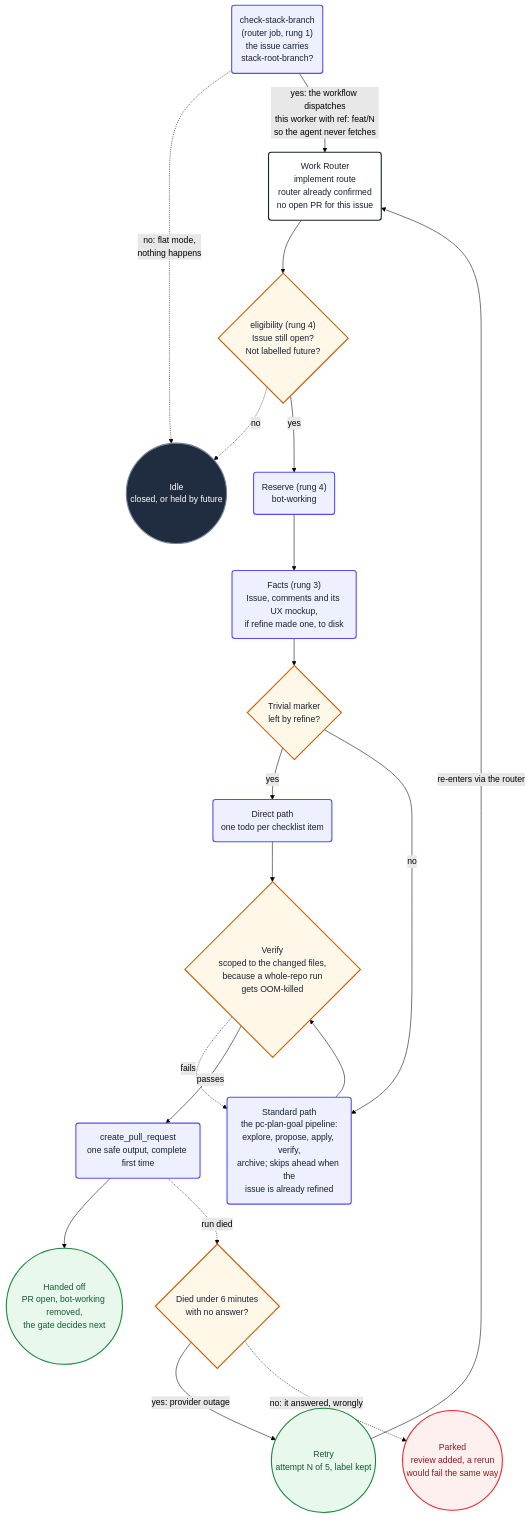
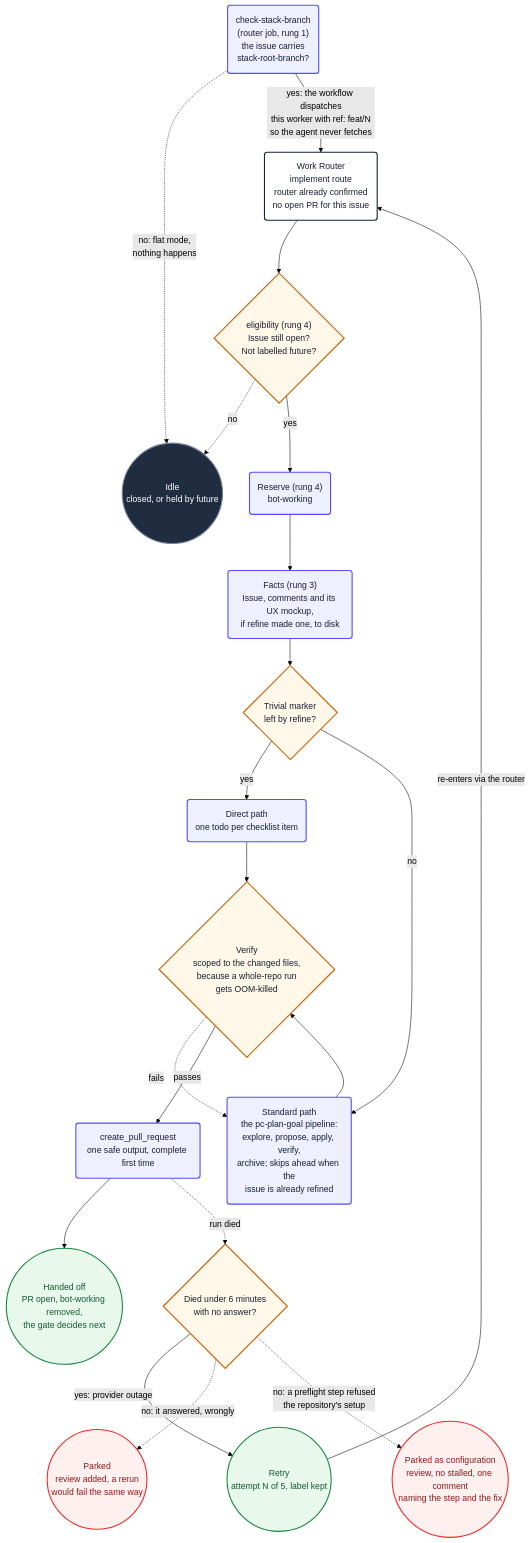
One commit to PlainConceptsPlatform/agentic-workflows changed the seventh of 16 diagrams in loops/docs/diagrams.md. Above: the diagram before and after it, drawn with Mermaid (forest theme). The commit also changed other lines of this file and 16 other files, not shown here.

First line of the commit message:
fix(loops): configurable bot login and preflight failures as configuration; 1.19.0 (#528)

````diff
--- a/loops/docs/diagrams.md
+++ b/loops/docs/diagrams.md
@@ -318,42 +318,44 @@
 ```mermaid
 flowchart TD
     implStart("Work Router<br/>implement route<br/>router already confirmed<br/>no open PR for this issue") --> implEligible
     implEligible{"eligibility (rung 4)<br/>Issue still open?<br/>Not labelled future?"}
     implEligible -.->|no| implIdle
     implEligible -->|yes| implReserve
     implReserve("Reserve (rung 4)<br/>bot-working") --> implFacts
     implFacts("Facts (rung 3)<br/>Issue, comments and its UX mockup,<br/>if refine made one, to disk") --> implCheck
     implCheck{"Trivial marker<br/>left by refine?"}
     implCheck -->|yes| implTodos
     implCheck -->|no| implCode
     implTodos("Direct path<br/>one todo per checklist item") --> implVerify
     implCode("Standard path<br/>the pc-plan-goal pipeline:<br/>explore, propose, apply, verify,<br/>archive; skips ahead when the<br/>issue is already refined") --> implVerify
     implVerify{"Verify<br/>scoped to the changed files,<br/>because a whole-repo run<br/>gets OOM-killed"}
     implVerify -.->|fails| implCode
     implVerify -->|passes| implPr
     implPr("create_pull_request<br/>one safe output, complete first time") --> implHandoff
     implPr -.->|"run died"| implRetry
     implRetry{"Died under 6 minutes<br/>with no answer?"}
     implRetry -->|"yes: provider outage"| implAgain(("Retry<br/>attempt N of 5, label kept"))
     implRetry -.->|"no: it answered, wrongly"| implFail
+    implRetry -.->|"no: a preflight step refused<br/>the repository's setup"| implConfig
     implAgain -->|"re-enters via the router"| implStart
     implHandoff(("Handed off<br/>PR open, bot-working removed,<br/>the gate decides next"))
     implIdle(("Idle<br/>closed, or held by future"))
     implFail(("Parked<br/>review added, a rerun<br/>would fail the same way"))
+    implConfig(("Parked as configuration<br/>review, no stalled, one comment<br/>naming the step and the fix"))
 
     implStackStart("check-stack-branch<br/>(router job, rung 1)<br/>the issue carries<br/>stack-root-branch?") -.->|"no: flat mode,<br/>nothing happens"| implIdle
     implStackStart -->|"yes: the workflow dispatches<br/>this worker with ref: feat/N<br/>so the agent never fetches"| implStart
 
     classDef start fill:#ffffff,stroke:#172033,stroke-width:2px,color:#172033
     classDef action fill:#eef0ff,stroke:#554cff,stroke-width:2px,color:#172033
     classDef decision fill:#fff8e8,stroke:#c75b00,stroke-width:2px,color:#172033
     classDef idle fill:#202c40,stroke:#738198,stroke-width:2px,color:#ffffff
     classDef failure fill:#fff0f0,stroke:#ef2929,stroke-width:2px,color:#8b1a1a
     classDef success fill:#e8f8ec,stroke:#18883c,stroke-width:2px,color:#145a32
     class implStart start
     class implReserve,implFacts,implTodos,implCode,implPr,implStackStart action
     class implEligible,implCheck,implVerify,implRetry decision
     class implIdle idle
-    class implFail failure
+    class implFail,implConfig failure
     class implHandoff,implAgain success
 ```
````
